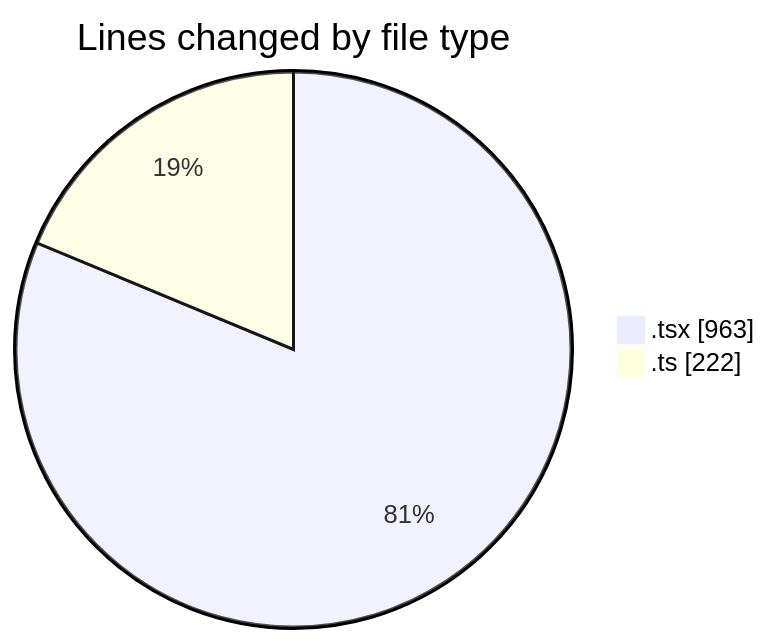
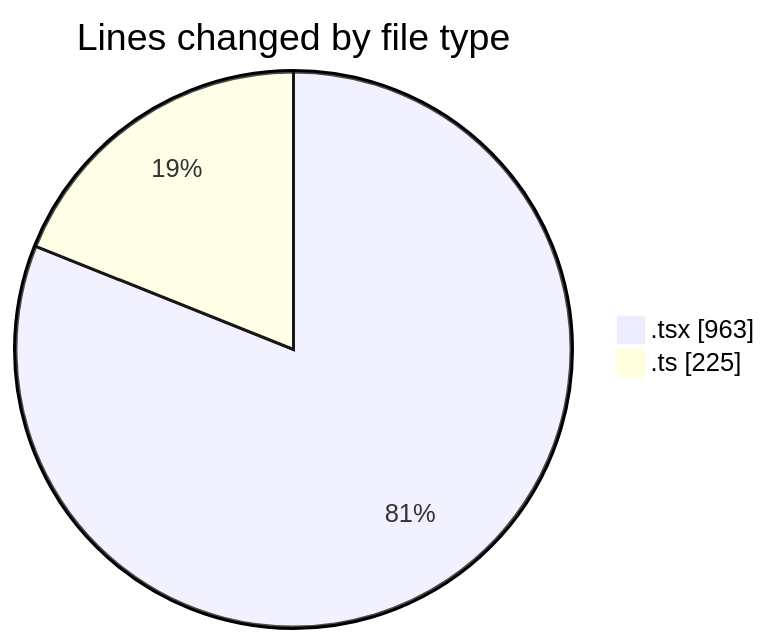
The first of 2 diagrams in 2025-03-19/peregrino-web/README.md (robertbonfada/code-tracking), drawn with Mermaid before and after one commit. The commit also changed other lines of this file and 1 other file, not shown here.

````diff
--- a/2025-03-19/peregrino-web/README.md
+++ b/2025-03-19/peregrino-web/README.md
@@ -37,6 +37,6 @@
 ```mermaid
 pie showData
 title Lines changed by file type
 ".tsx" : 963
-".ts" : 222
+".ts" : 225
 ```
````
